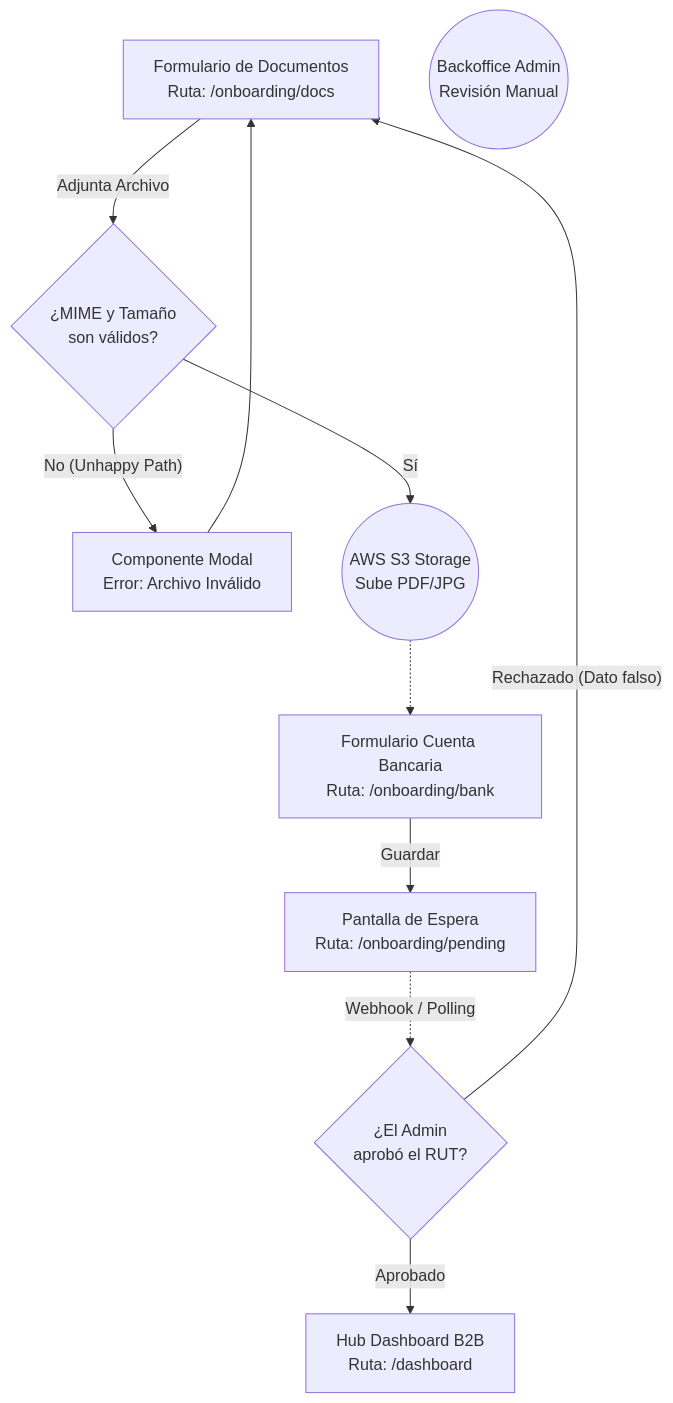
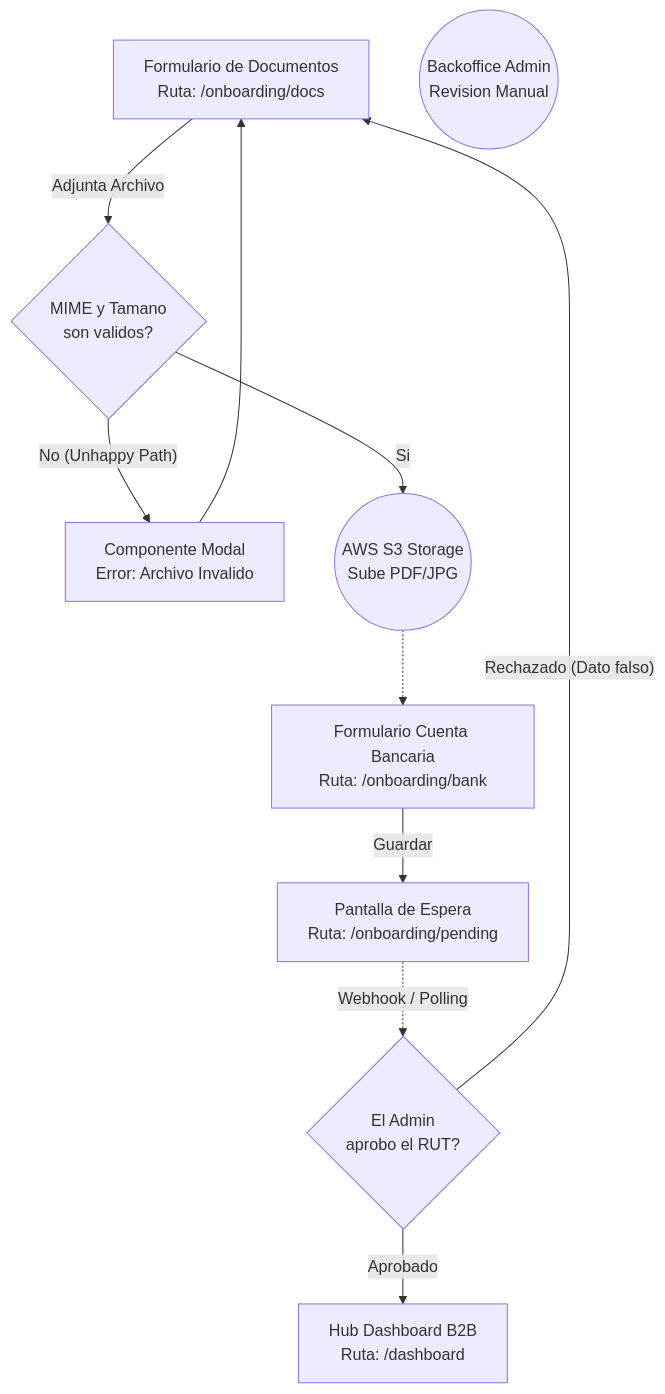
One commit to camilolayos54-dotcom/NosFuimosdeFinca changed the second of 3 diagrams in docs/04-system-modeling/02.User_Flows_Task_Flows/modules/MOD-AUTH_flows.md. Above: the diagram before and after it, drawn with Mermaid. The commit also changed other lines of this file and 62 other files, not shown here.

````diff
--- a/docs/04-system-modeling/02.User_Flows_Task_Flows/modules/MOD-AUTH_flows.md
+++ b/docs/04-system-modeling/02.User_Flows_Task_Flows/modules/MOD-AUTH_flows.md
@@ -75,31 +75,31 @@
 ```mermaid
 flowchart TD
-    %% Nodos Cuadrados: Pantallas Físicas
+    %% Nodos Cuadrados: Pantallas Fisicas
     DocsUI[Formulario de Documentos<br>Ruta: /onboarding/docs]
     BankUI[Formulario Cuenta Bancaria<br>Ruta: /onboarding/bank]
-    ErrorMIMEUI[Componente Modal<br>Error: Archivo Inválido]
+    ErrorMIMEUI[Componente Modal<br>Error: Archivo Invalido]
     PendingUI[Pantalla de Espera<br>Ruta: /onboarding/pending]
     DashboardUI[Hub Dashboard B2B<br>Ruta: /dashboard]
     
-    %% Nodos Redondeados: Backend Asíncrono
+    %% Nodos Redondeados: Backend Asincrono
     S3Storage((AWS S3 Storage<br>Sube PDF/JPG))
-    AdminApprove((Backoffice Admin<br>Revisión Manual))
+    AdminApprove((Backoffice Admin<br>Revision Manual))
     
-    %% Rombos: Evaluaciones Lógicas
-    FormatCheck{¿MIME y Tamaño<br>son válidos?}
-    AdminDecision{¿El Admin<br>aprobó el RUT?}
+    %% Rombos: Evaluaciones Logicas
+    FormatCheck{ MIME y Tamano<br>son validos?}
+    AdminDecision{ El Admin<br>aprobo el RUT?}
 
     %% Flujo Turista
     DocsUI --> |Adjunta Archivo| FormatCheck
     FormatCheck -- No (Unhappy Path) --> ErrorMIMEUI
     ErrorMIMEUI --> DocsUI
     
-    FormatCheck -- Sí --> S3Storage
+    FormatCheck -- Si --> S3Storage
     S3Storage -.-> BankUI
     BankUI --> |Guardar| PendingUI
     
-    %% Bloqueo Asíncrono
+    %% Bloqueo Asincrono
     PendingUI -.-> |Webhook / Polling| AdminDecision
     AdminDecision -- Rechazado (Dato falso) --> DocsUI
     AdminDecision -- Aprobado --> DashboardUI
 ```
````
